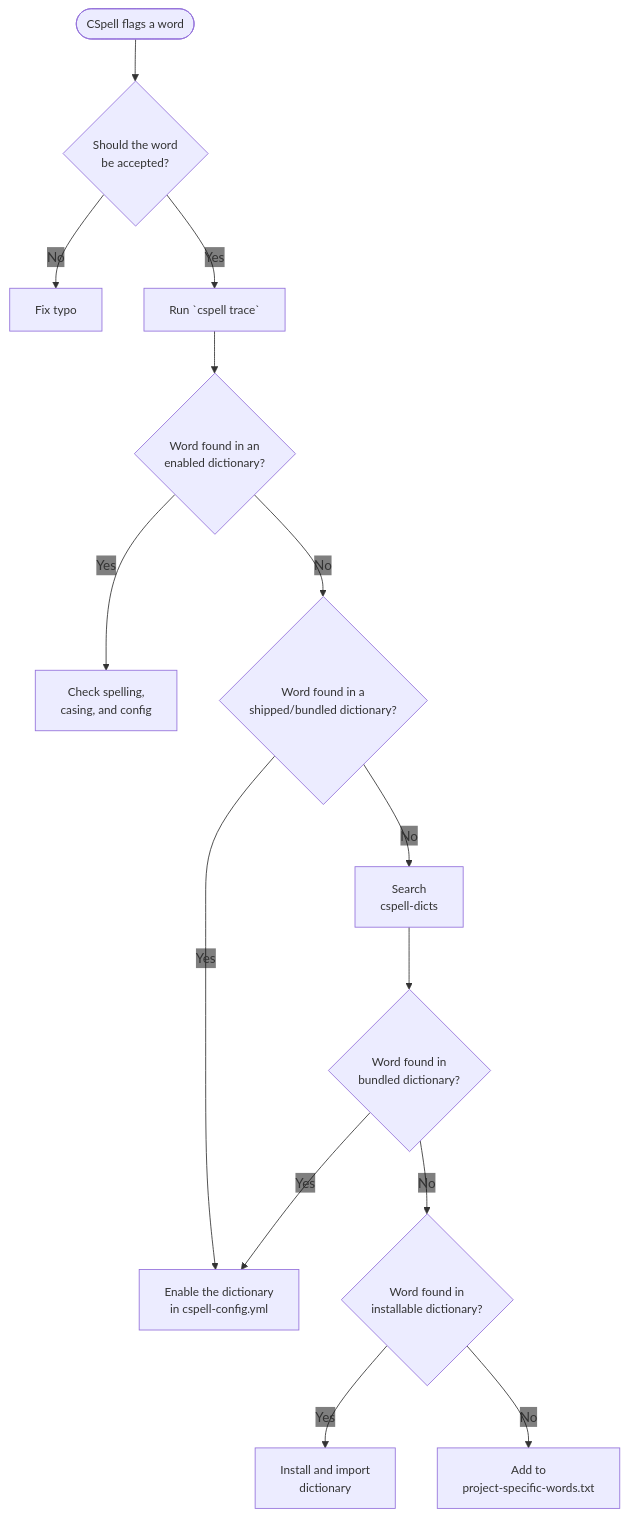
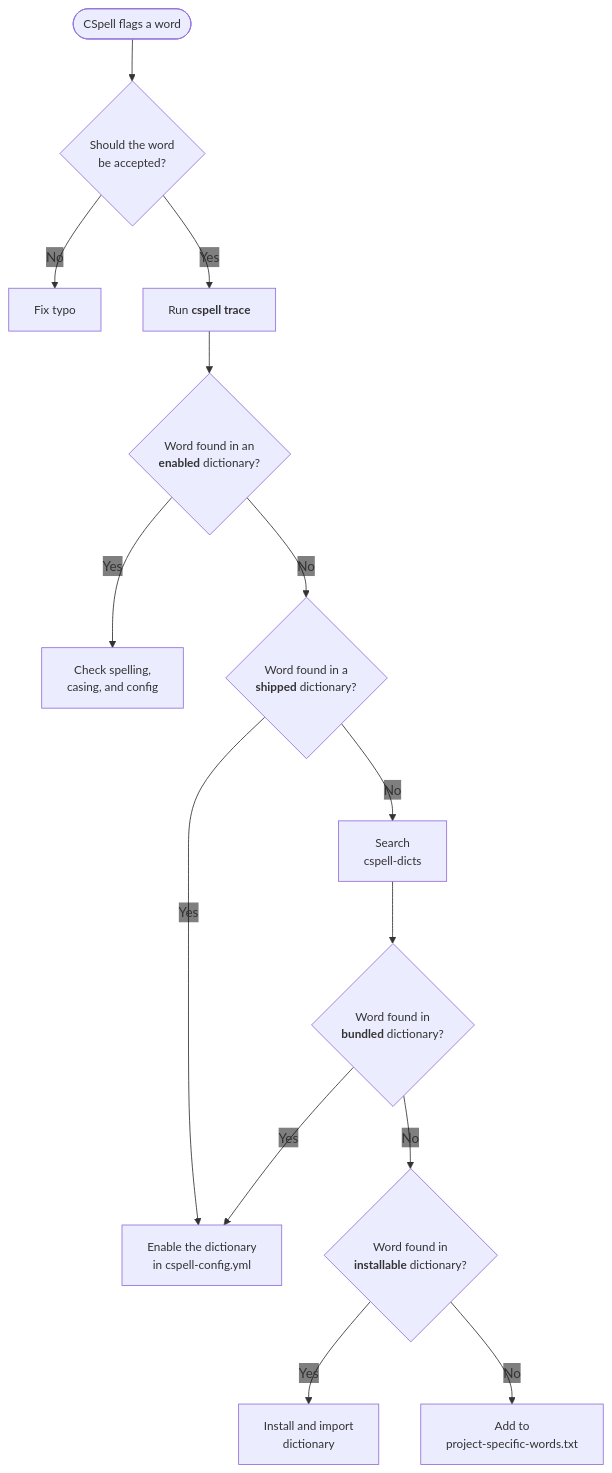
One commit to ScilifelabDataCentre/data-centre-template changed the diagram in .config/cspell/README.md. Above: the diagram before and after it, drawn with Mermaid.

Commit message:
some parts bold in markdown

````diff
--- a/.config/cspell/README.md
+++ b/.config/cspell/README.md
@@ -75,29 +75,29 @@
 ```mermaid
 ---
 config:
   themeVariables:
     edgeLabelBackground: transparent
 ---
 flowchart TD
     A([CSpell flags a word]) --> B{Should the word </br> be accepted?}
 
     B -->|No| C[Fix typo]
-    B -->|Yes| D[Run `cspell trace`]
+    B -->|Yes| D["`Run **cspell trace**`"]
 
-    D --> E{Word found in an </br> enabled dictionary?}
+    D --> E{"`Word found in an </br> **enabled** dictionary?`"}
     E -->|Yes| F[Check spelling, </br> casing, and config]
-    E -->|No| G{Word found in a </br> shipped/bundled dictionary?}
+    E -->|No| G{"`Word found in a </br> **shipped** dictionary?`"}
 
     G -->|Yes| H[Enable the dictionary </br> in cspell-config.yml]
     G -->|No| I[Search </br> cspell-dicts]
 
-    I --> J{Word found in </br> bundled dictionary?}
+    I --> J{"`Word found in </br> **bundled** dictionary?`"}
     J -->|Yes| H
-    J -->|No| K{Word found in </br> installable dictionary?}
+    J -->|No| K{"`Word found in </br> **installable** dictionary?`"}
 
     K -->|Yes| L[Install and import </br> dictionary]
     K -->|No| M[Add to </br> project-specific-words.txt]
 
     classDef compact font-size:14px;
     class A,B,C,D,E,F,G,H,I,J,K,L,M compact;
 ```
````
